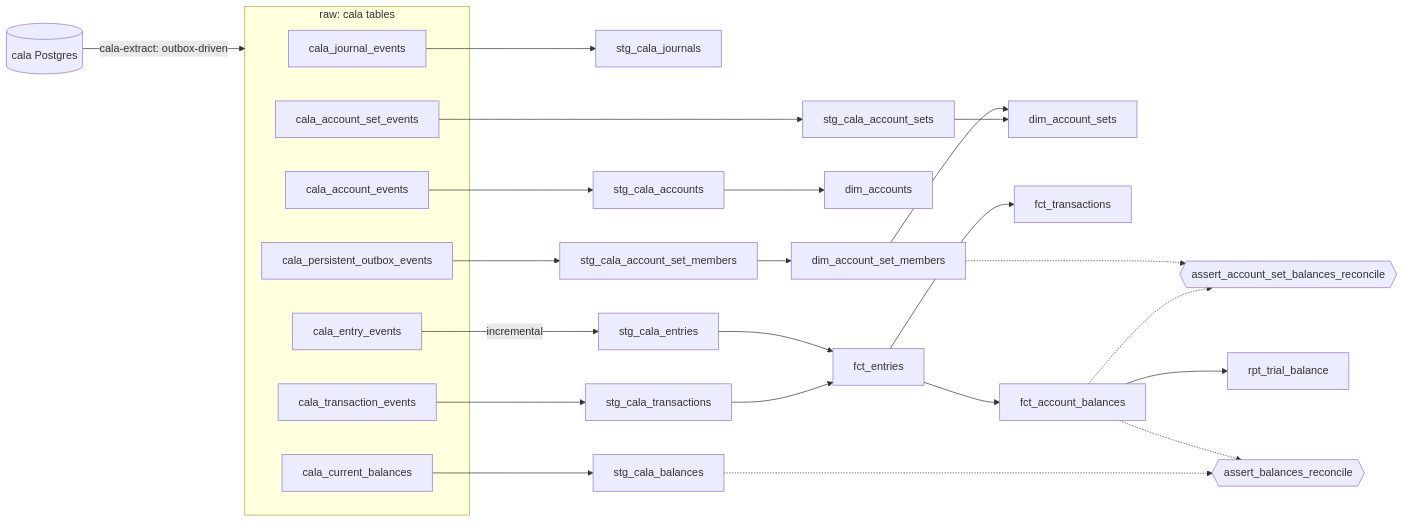
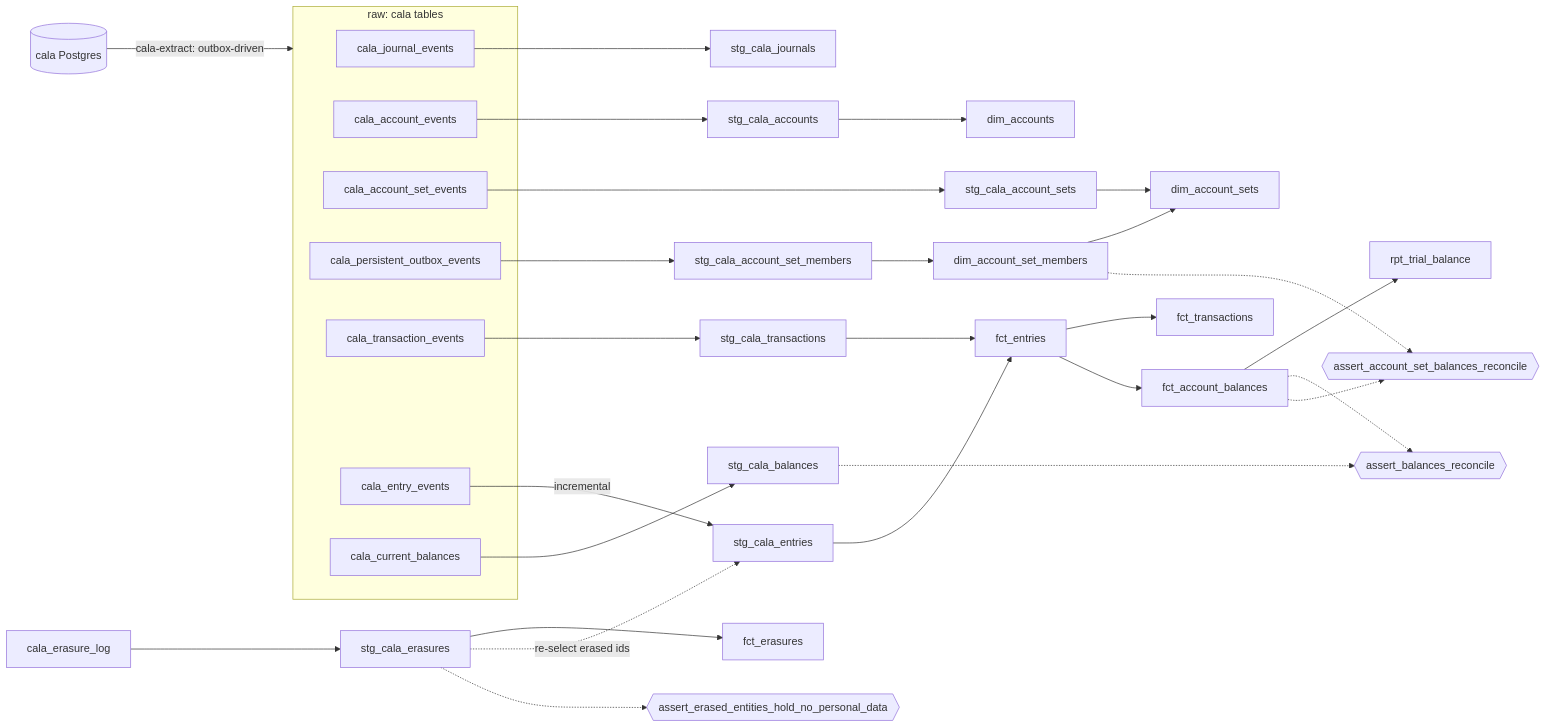
One commit to uncoated-engineering/cala-warehouse changed the diagram in README.md. Above: the diagram before and after it, drawn with Mermaid. The commit also changed other lines of this file and 1 other file, not shown here.

Commit message:
docs: erasure propagation, why cala cannot forget, the erasure rules

````diff
--- a/README.md
+++ b/README.md
@@ -78,31 +81,34 @@
 ```mermaid
 flowchart LR
   PG[(cala Postgres)] -->|cala-extract: outbox-driven| raw
   subgraph raw [raw: cala tables]
     JE[cala_journal_events]
     AE[cala_account_events]
     SE[cala_account_set_events]
     OB[cala_persistent_outbox_events]
     TE[cala_transaction_events]
     EE[cala_entry_events]
     CB[cala_current_balances]
   end
   JE --> stg_cala_journals
   AE --> stg_cala_accounts
   SE --> stg_cala_account_sets
   OB --> stg_cala_account_set_members
   TE --> stg_cala_transactions
   EE -->|incremental| stg_cala_entries
   CB --> stg_cala_balances
   stg_cala_accounts --> dim_accounts
   stg_cala_account_set_members --> dim_account_set_members --> dim_account_sets
   stg_cala_account_sets --> dim_account_sets
   stg_cala_entries --> fct_entries
   stg_cala_transactions --> fct_entries
   fct_entries --> fct_transactions
   fct_entries --> fct_account_balances --> rpt_trial_balance
   fct_account_balances -.-> reconcile{{assert_balances_reconcile}}
   stg_cala_balances -.-> reconcile
   dim_account_set_members -.-> reconcile_sets{{assert_account_set_balances_reconcile}}
   fct_account_balances -.-> reconcile_sets
+  EL[cala_erasure_log] --> stg_cala_erasures --> fct_erasures
+  stg_cala_erasures -.->|re-select erased ids| stg_cala_entries
+  stg_cala_erasures -.-> erased{{assert_erased_entities_hold_no_personal_data}}
 ```
````
